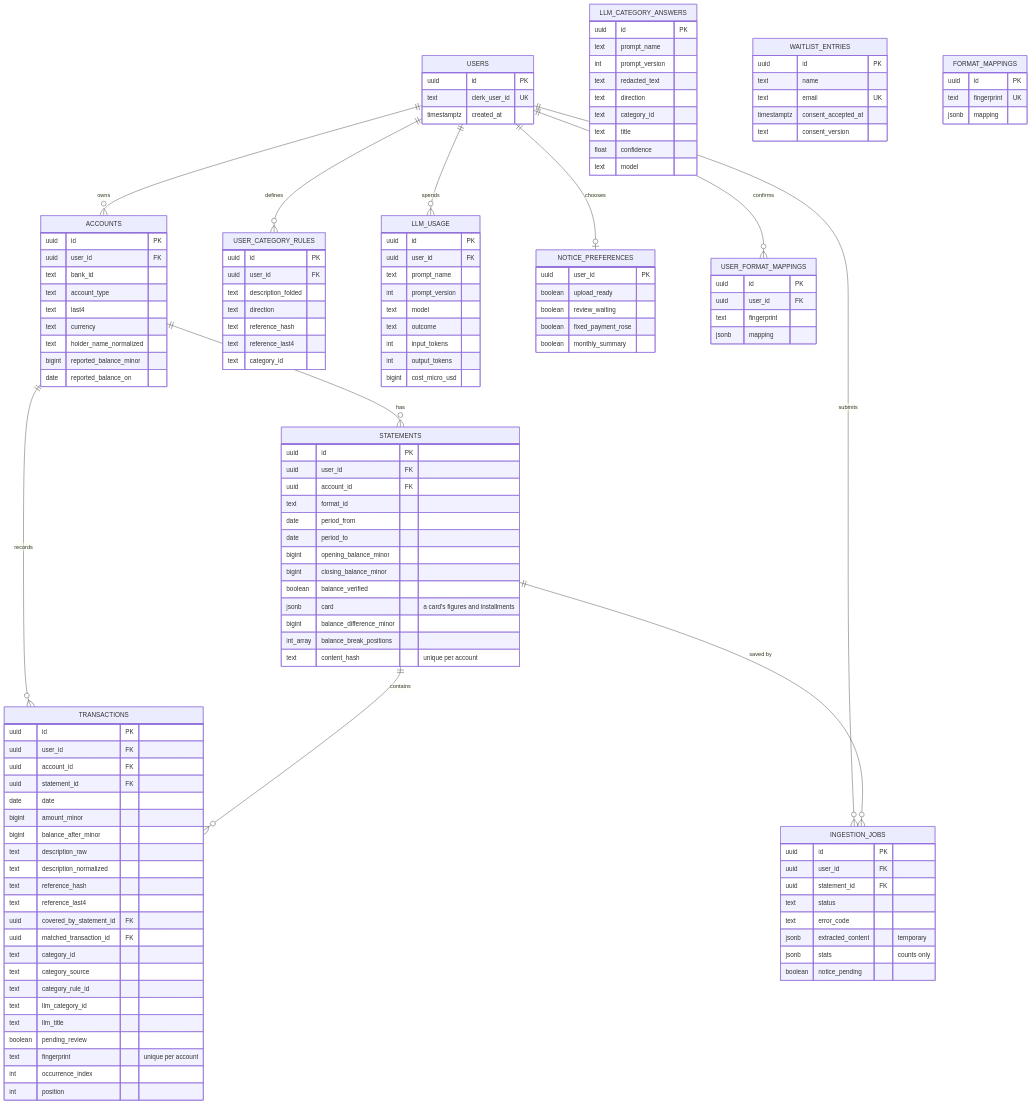
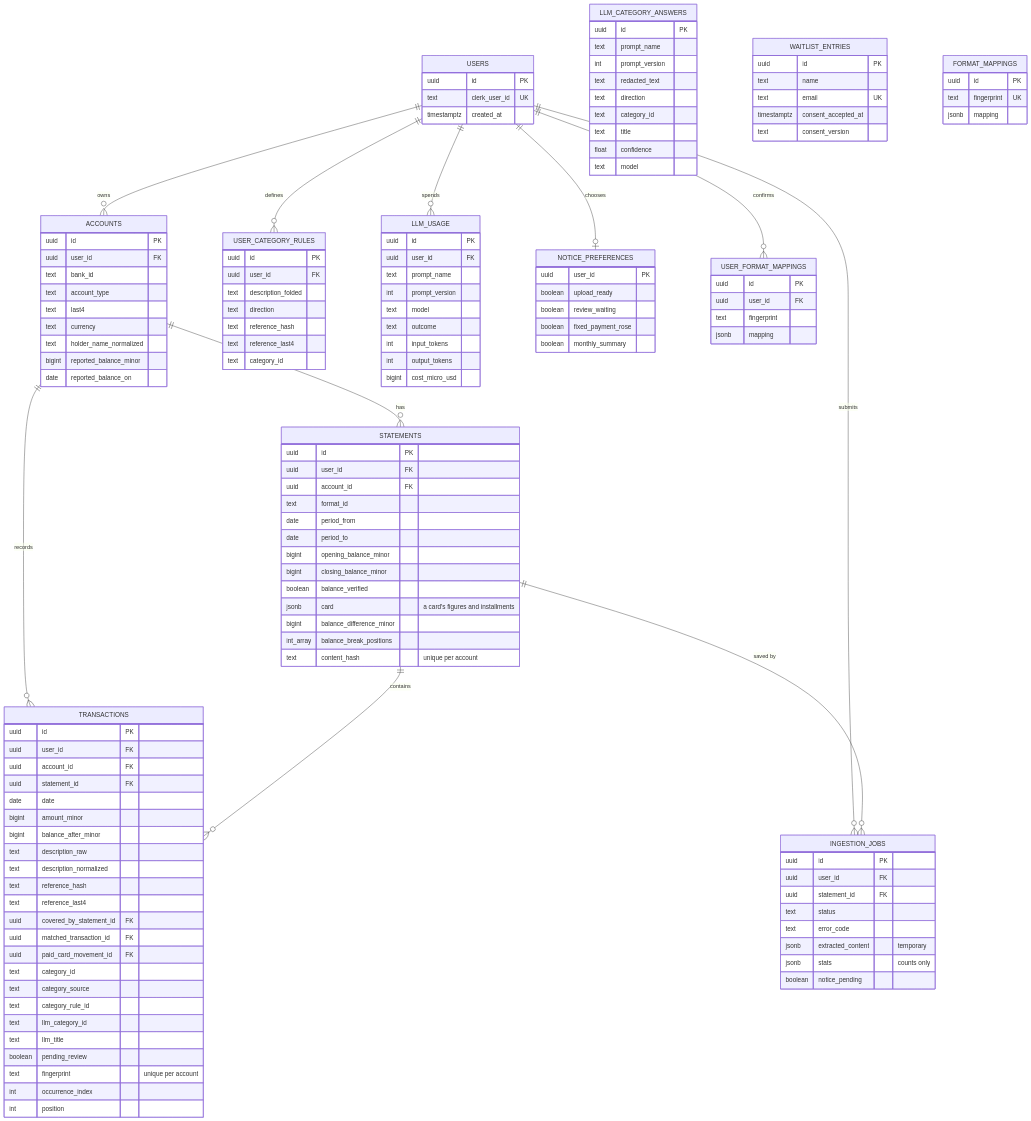
One commit to ingcarlostello/xtrakto changed the third of 7 diagrams in docs/ARCHITECTURE.md. Above: the diagram before and after it, drawn with Mermaid. The commit also changed other lines of this file and 3 other files, not shown here.

```diff
--- a/docs/ARCHITECTURE.md
+++ b/docs/ARCHITECTURE.md
@@ -244,6 +244,7 @@
         text reference_last4
         uuid covered_by_statement_id FK
         uuid matched_transaction_id FK
+        uuid paid_card_movement_id FK
         text category_id
         text category_source
         text category_rule_id
```
